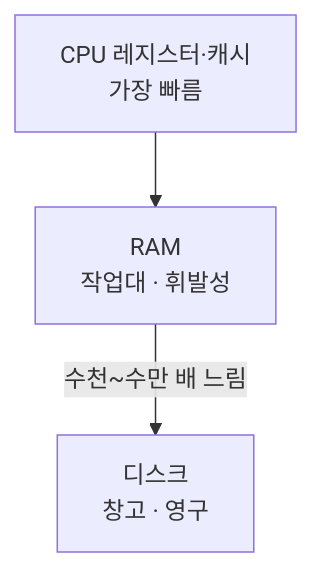
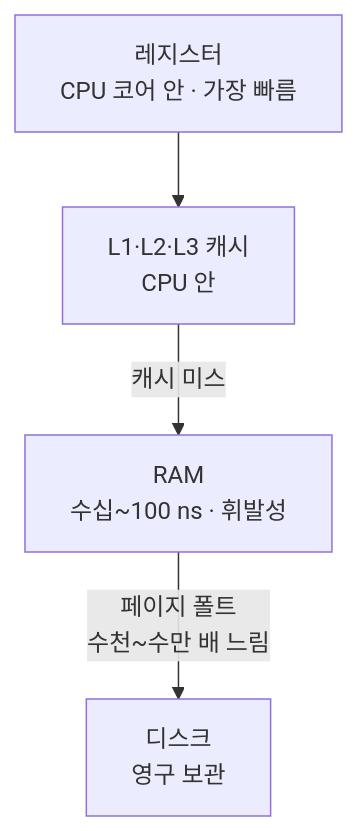
Before and after one commit to Byeongchan99/CS-Card: the first of 13 diagrams in summary-notes/운영체제.md, drawn with Mermaid. The commit also changed other lines of this file, not shown here.

````diff
--- a/summary-notes/운영체제.md
+++ b/summary-notes/운영체제.md
@@ -22,5 +22,6 @@
 ```mermaid
 flowchart TB
-    C["CPU 레지스터·캐시<br/>가장 빠름"] --> R["RAM<br/>작업대 · 휘발성"]
-    R -->|"수천~수만 배 느림"| D["디스크<br/>창고 · 영구"]
+    Reg["레지스터<br/>CPU 코어 안 · 가장 빠름"] --> Cache["L1·L2·L3 캐시<br/>CPU 안"]
+    Cache -->|"캐시 미스"| R["RAM<br/>수십~100 ns · 휘발성"]
+    R -->|"페이지 폴트<br/>수천~수만 배 느림"| D["디스크<br/>영구 보관"]
 ```
````
